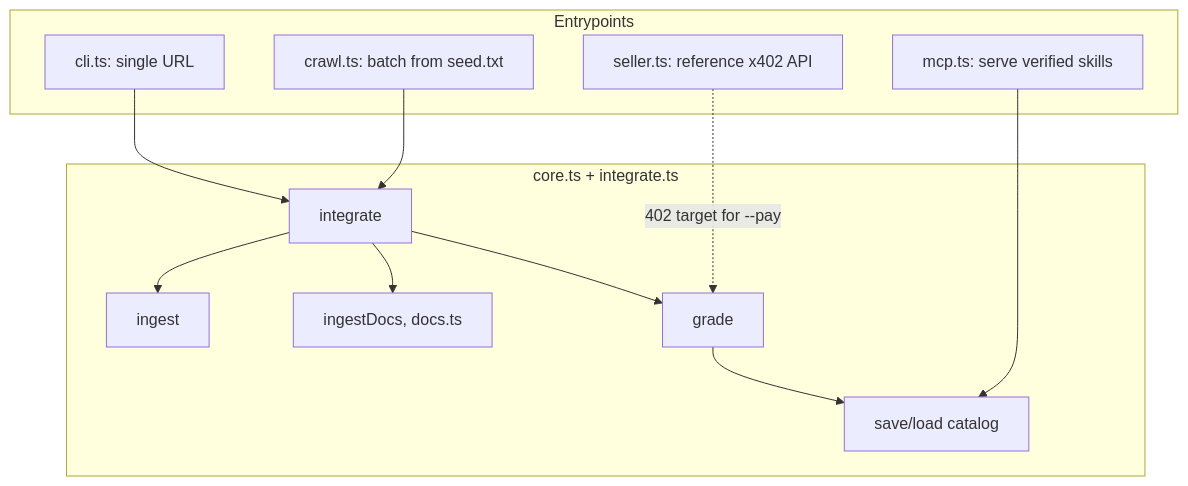
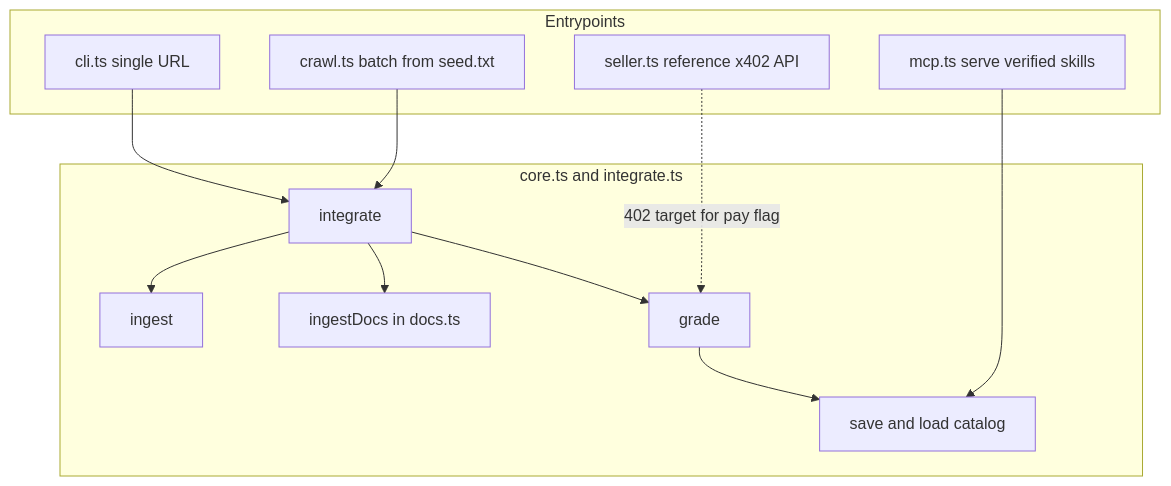
One commit to TANICE-GAWD/Kudzu changed the second of 3 diagrams in README.md. Above: the diagram before and after it, drawn with Mermaid. The commit also changed other lines of this file, not shown here.

Commit message:
mermaid render fix

````diff
--- a/README.md
+++ b/README.md
@@ -30,24 +30,24 @@
 ```mermaid
 graph TD
   subgraph Entrypoints
-    CLI[cli.ts: single URL]
-    CRAWL[crawl.ts: batch from seed.txt]
-    MCPS[mcp.ts: serve verified skills]
-    SELL[seller.ts: reference x402 API]
+    CLI[cli.ts single URL]
+    CRAWL[crawl.ts batch from seed.txt]
+    MCPS[mcp.ts serve verified skills]
+    SELL[seller.ts reference x402 API]
   end
-  subgraph Core[core.ts + integrate.ts]
+  subgraph Core[core.ts and integrate.ts]
     INT[integrate]
     IN[ingest]
-    DO[ingestDocs, docs.ts]
+    DO[ingestDocs in docs.ts]
     GR[grade]
-    STORE[save/load catalog]
+    STORE[save and load catalog]
   end
   CLI --> INT
   CRAWL --> INT
   INT --> IN
   INT --> DO
   INT --> GR
   GR --> STORE
   MCPS --> STORE
-  SELL -. 402 target for --pay .-> GR
+  SELL -.->|402 target for pay flag| GR
 ```
````
